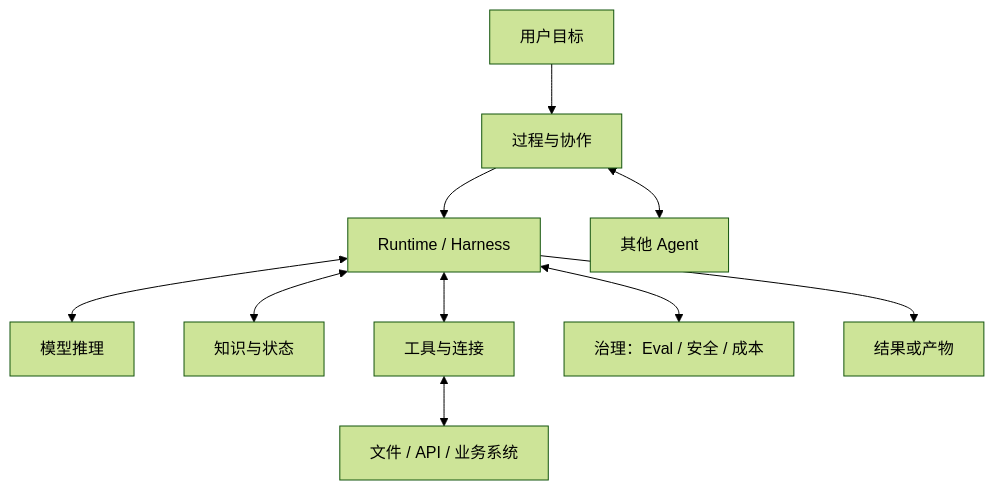
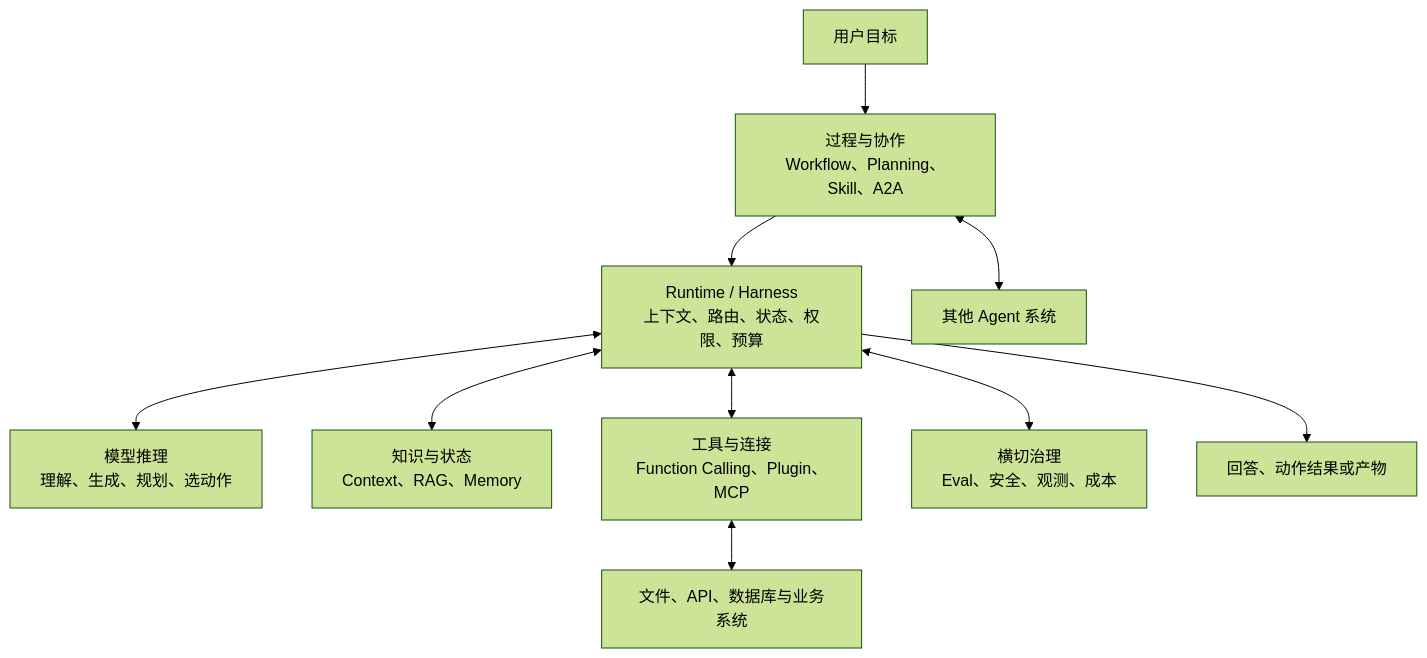
One commit to FoLaJJ/agent-systems-notes changed the first of 5 diagrams in docs/01-agent-evolution.md. Above: the diagram before and after it, drawn with Mermaid (forest theme). The commit also changed other lines of this file and 13 other files, not shown here.

Commit message:
Refine Mermaid diagram layouts

````diff
--- a/docs/01-agent-evolution.md
+++ b/docs/01-agent-evolution.md
@@ -25,12 +25,12 @@
 ```mermaid
 flowchart TB
-    U["用户目标"] --> P["过程与协作"]
-    P --> H["Runtime / Harness"]
-    H <--> L["模型推理"]
-    H <--> K["知识与状态"]
-    H <--> T["工具与连接"]
-    T <--> E["文件 / API / 业务系统"]
-    P <--> A["其他 Agent"]
-    H <--> Q["治理：Eval / 安全 / 成本"]
-    H --> O["结果或产物"]
+    U["用户目标"] --> P["过程与协作<br/>Workflow、Planning、Skill、A2A"]
+    P --> H["Runtime / Harness<br/>上下文、路由、状态、权限、预算"]
+    H <--> L["模型推理<br/>理解、生成、规划、选动作"]
+    H <--> K["知识与状态<br/>Context、RAG、Memory"]
+    H <--> T["工具与连接<br/>Function Calling、Plugin、MCP"]
+    T <--> E["文件、API、数据库与业务系统"]
+    P <--> A["其他 Agent 系统"]
+    H <--> Q["横切治理<br/>Eval、安全、观测、成本"]
+    H --> O["回答、动作结果或产物"]
 ```
````
